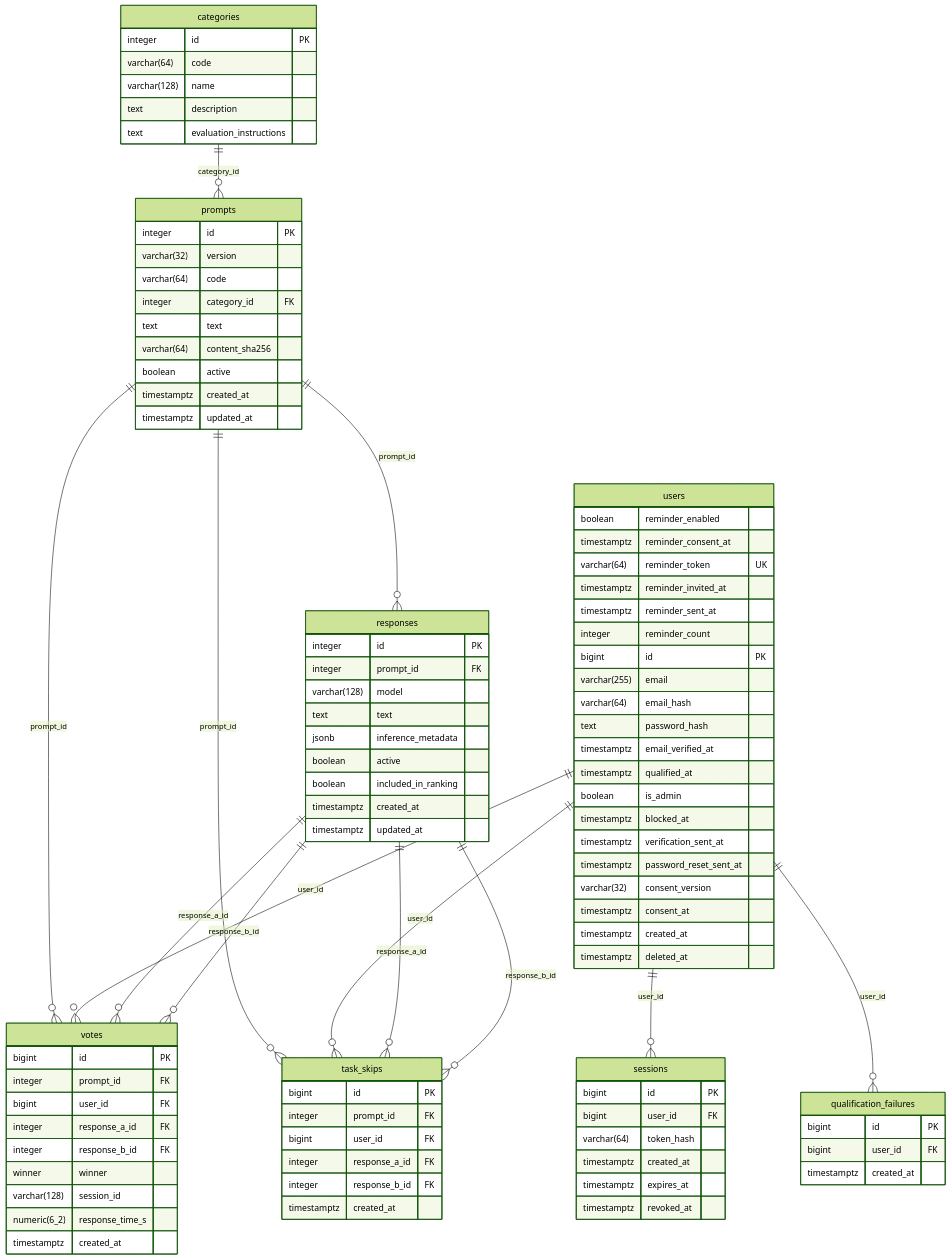
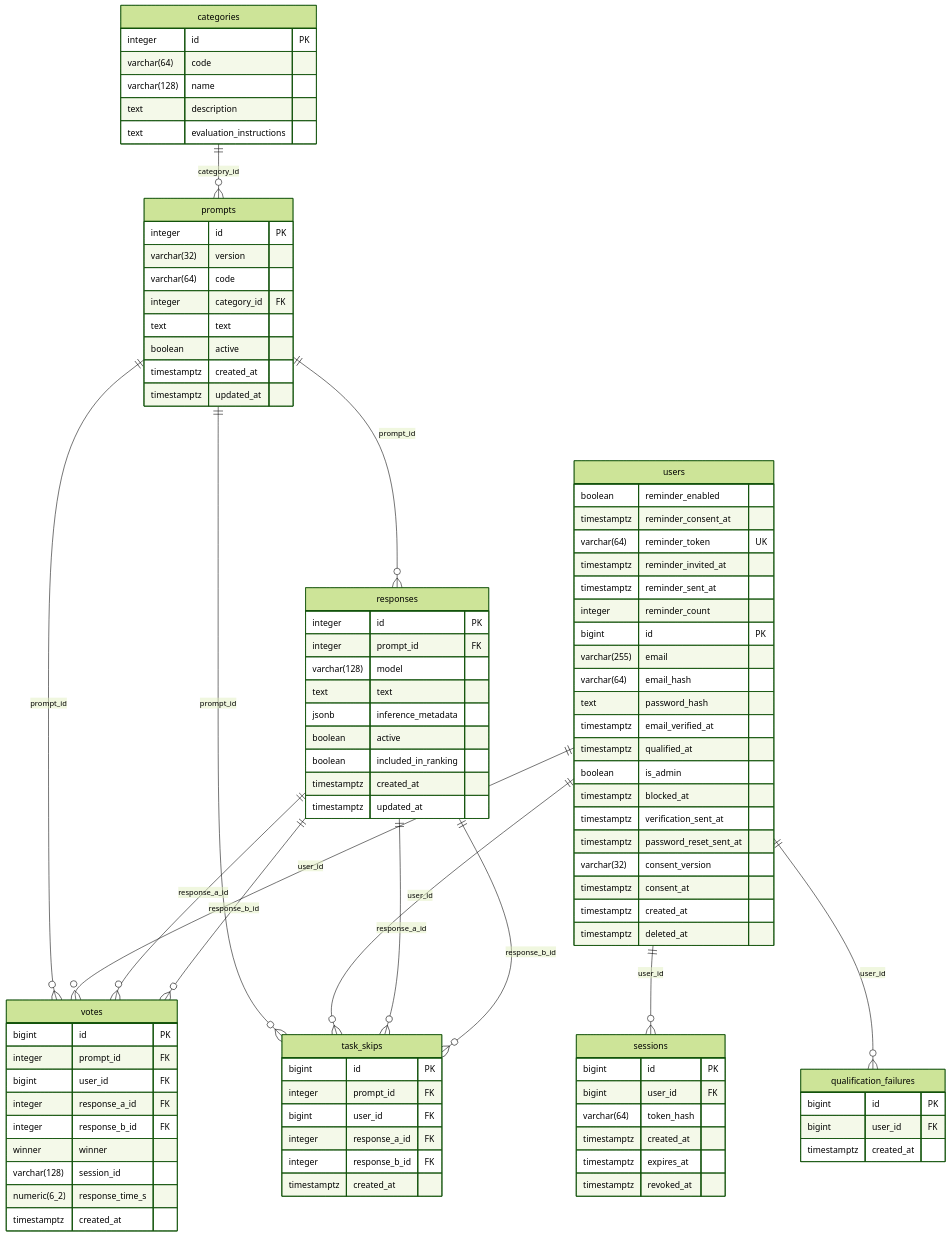
Before and after one commit to Softcatala/arena-cat: the diagram in docs/db_schema.md, drawn with Mermaid (forest theme). The commit also changed 22 other files, not shown here.

```diff
--- a/docs/db_schema.md
+++ b/docs/db_schema.md
@@ -20,7 +20,6 @@
         varchar(64) code
         integer category_id FK
         text text
-        varchar(64) content_sha256
         boolean active
         timestamptz created_at
         timestamptz updated_at
```
